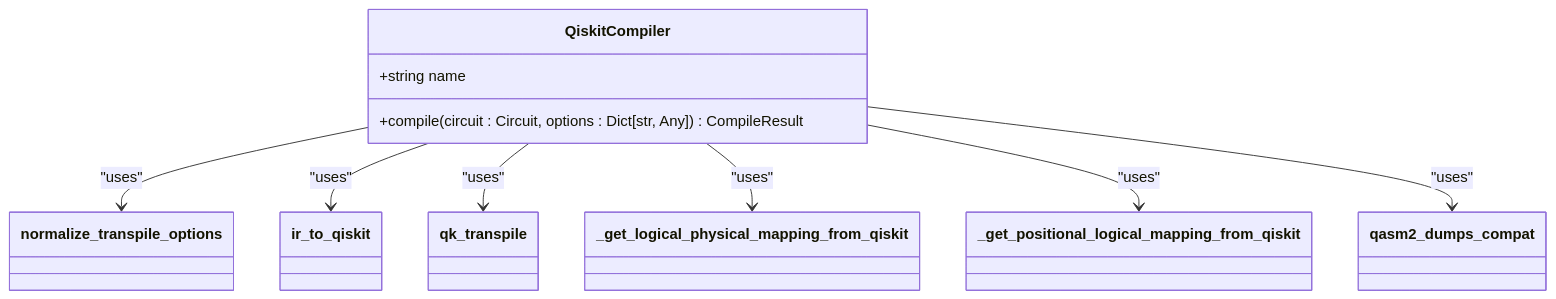
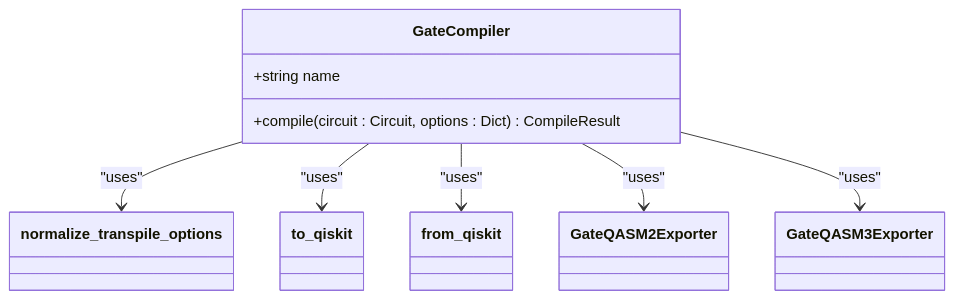
Before and after one commit to QureGenAI-Biotech/TyxonQ: the second of 6 diagrams in .qoder/repowiki/en/content/Backend Compilers/Qiskit Compiler.md, drawn with Mermaid. The commit also changed other lines of this file and 516 other files, not shown here.

````diff
--- a/.qoder/repowiki/en/content/Backend Compilers/Qiskit Compiler.md
+++ b/.qoder/repowiki/en/content/Backend Compilers/Qiskit Compiler.md
@@ -64,13 +73,12 @@
 ```mermaid
 classDiagram
-class QiskitCompiler {
+class GateCompiler {
 +string name
-+compile(circuit : Circuit, options : Dict[str, Any]) CompileResult
++compile(circuit : Circuit, options : Dict) CompileResult
 }
-QiskitCompiler --> normalize_transpile_options : "uses"
-QiskitCompiler --> ir_to_qiskit : "uses"
-QiskitCompiler --> qk_transpile : "uses"
-QiskitCompiler --> _get_logical_physical_mapping_from_qiskit : "uses"
-QiskitCompiler --> _get_positional_logical_mapping_from_qiskit : "uses"
-QiskitCompiler --> qasm2_dumps_compat : "uses"
+GateCompiler --> normalize_transpile_options : "uses"
+GateCompiler --> to_qiskit : "uses"
+GateCompiler --> from_qiskit : "uses"
+GateCompiler --> GateQASM2Exporter : "uses"
+GateCompiler --> GateQASM3Exporter : "uses"
 ```
````
